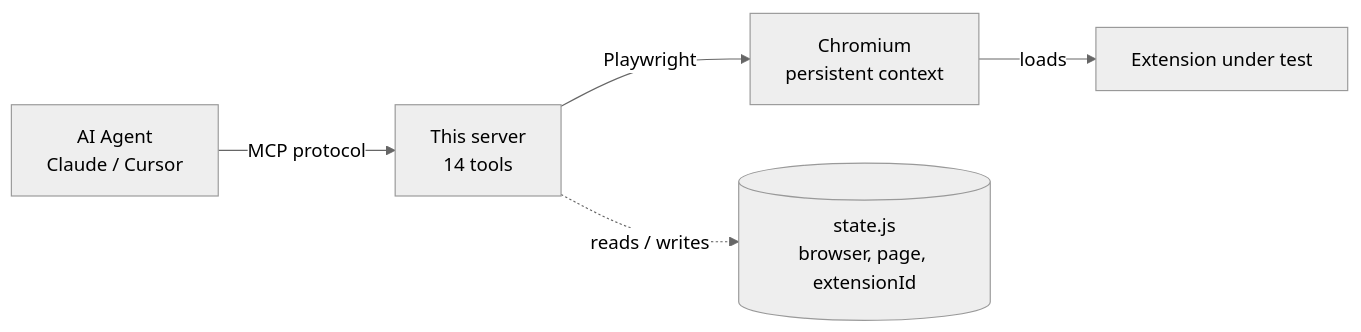
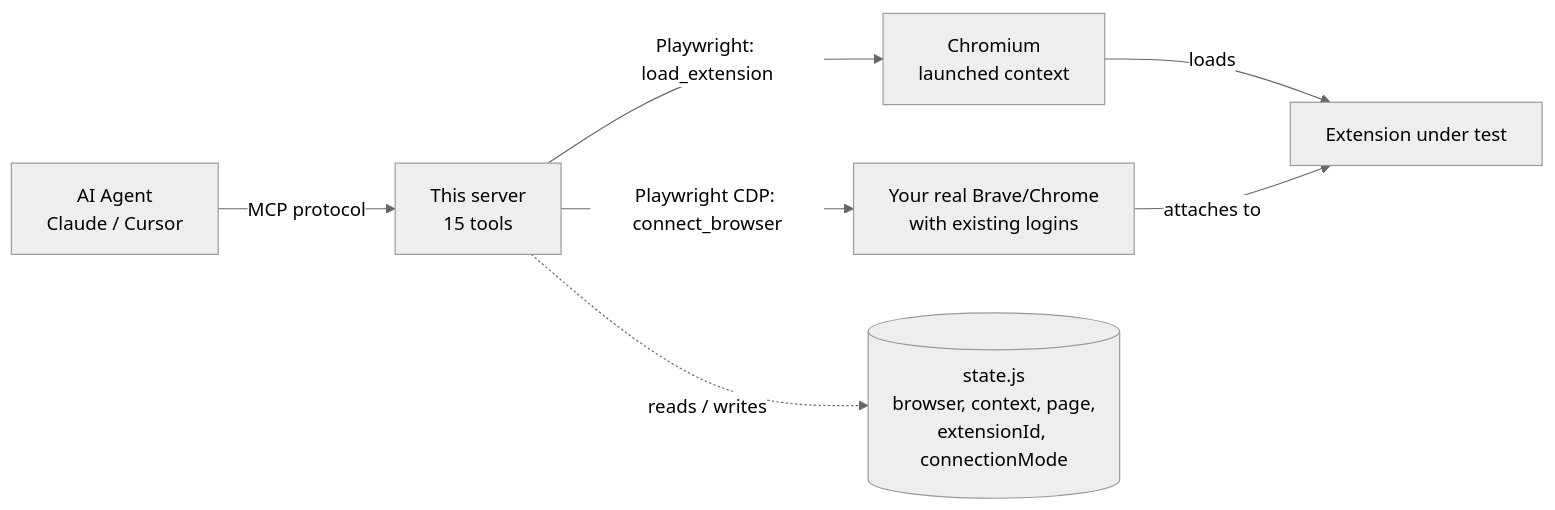
The diagram in README.md (BHUVAN-RJ/chrome-extension-testing-mcp), drawn with Mermaid (neutral theme) before and after one commit. The commit also changed other lines of this file and 2 other files, not shown here.

First line of the commit message:
Fix inspect_dom in CDP mode and update README for v2.3.x

````diff
--- a/README.md
+++ b/README.md
@@ -33,7 +34,9 @@
 ```mermaid
 graph LR
-    A[AI Agent<br/>Claude / Cursor] -->|MCP protocol| B[This server<br/>14 tools]
-    B -->|Playwright| C[Chromium<br/>persistent context]
-    C -->|loads| D[Extension under test]
-    B -.->|reads / writes| E[(state.js<br/>browser, page, extensionId)]
+    A[AI Agent<br/>Claude / Cursor] -->|MCP protocol| B[This server<br/>15 tools]
+    B -->|Playwright: load_extension| C[Chromium<br/>launched context]
+    B -->|Playwright CDP: connect_browser| D[Your real Brave/Chrome<br/>with existing logins]
+    C -->|loads| E[Extension under test]
+    D -->|attaches to| E
+    B -.->|reads / writes| F[(state.js<br/>browser, context, page,<br/>extensionId, connectionMode)]
 ```
````
